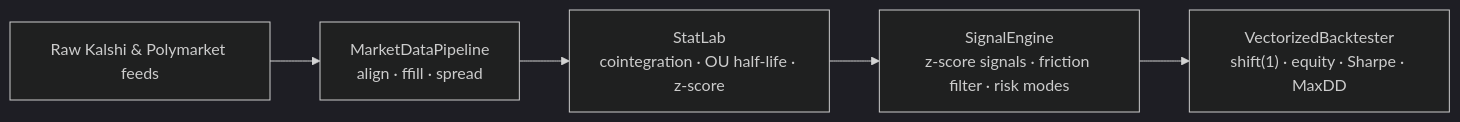
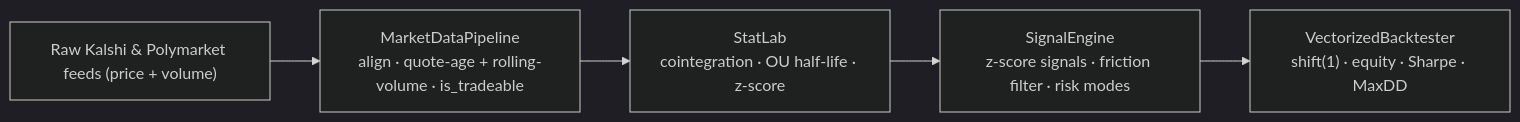
Before and after one commit to DunceDuck/Prediction-Market-Statistical-Arbitrage: the diagram in README.md, drawn with Mermaid (dark theme). The commit also changed other lines of this file and 7 other files, not shown here.

````diff
--- a/README.md
+++ b/README.md
@@ -33,7 +35,7 @@
 ```mermaid
 flowchart LR
-    A["Raw Kalshi & Polymarket feeds"] --> B["MarketDataPipeline<br/>align · ffill · spread"]
+    A["Raw Kalshi & Polymarket feeds (price + volume)"] --> B["MarketDataPipeline<br/>align · quote-age + rolling-volume · is_tradeable"]
     B --> C["StatLab<br/>cointegration · OU half-life · z-score"]
     C --> D["SignalEngine<br/>z-score signals · friction filter · risk modes"]
     D --> E["VectorizedBacktester<br/>shift(1) · equity · Sharpe · MaxDD"]
 ```
````
